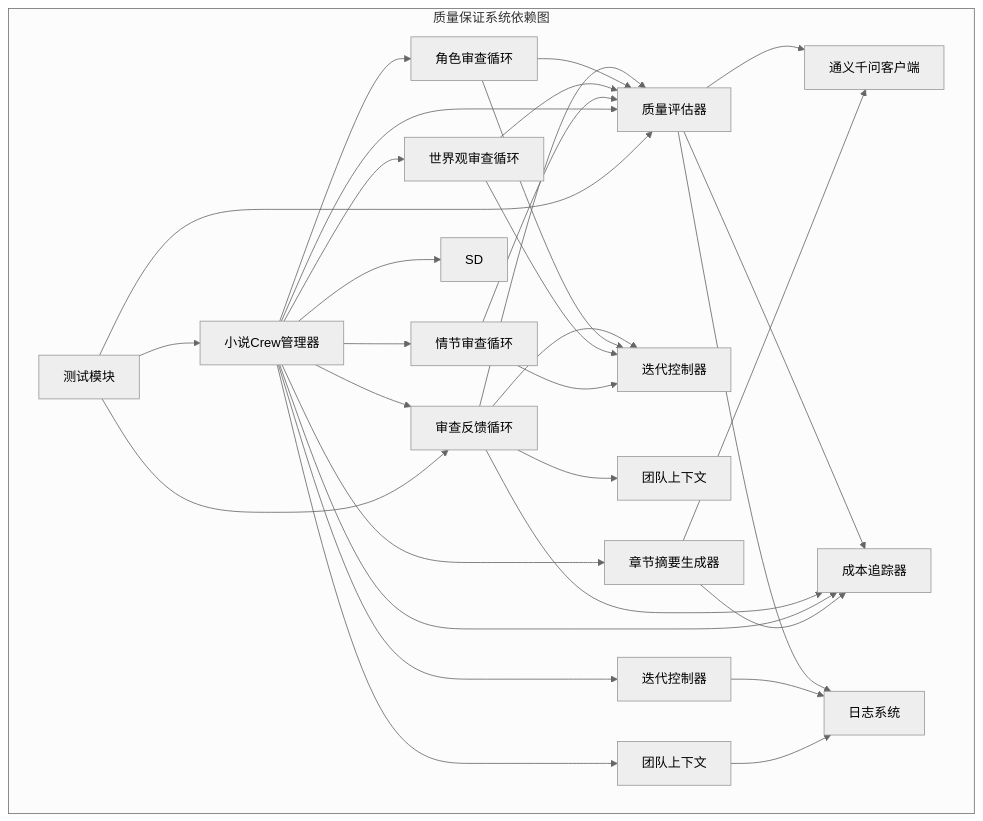
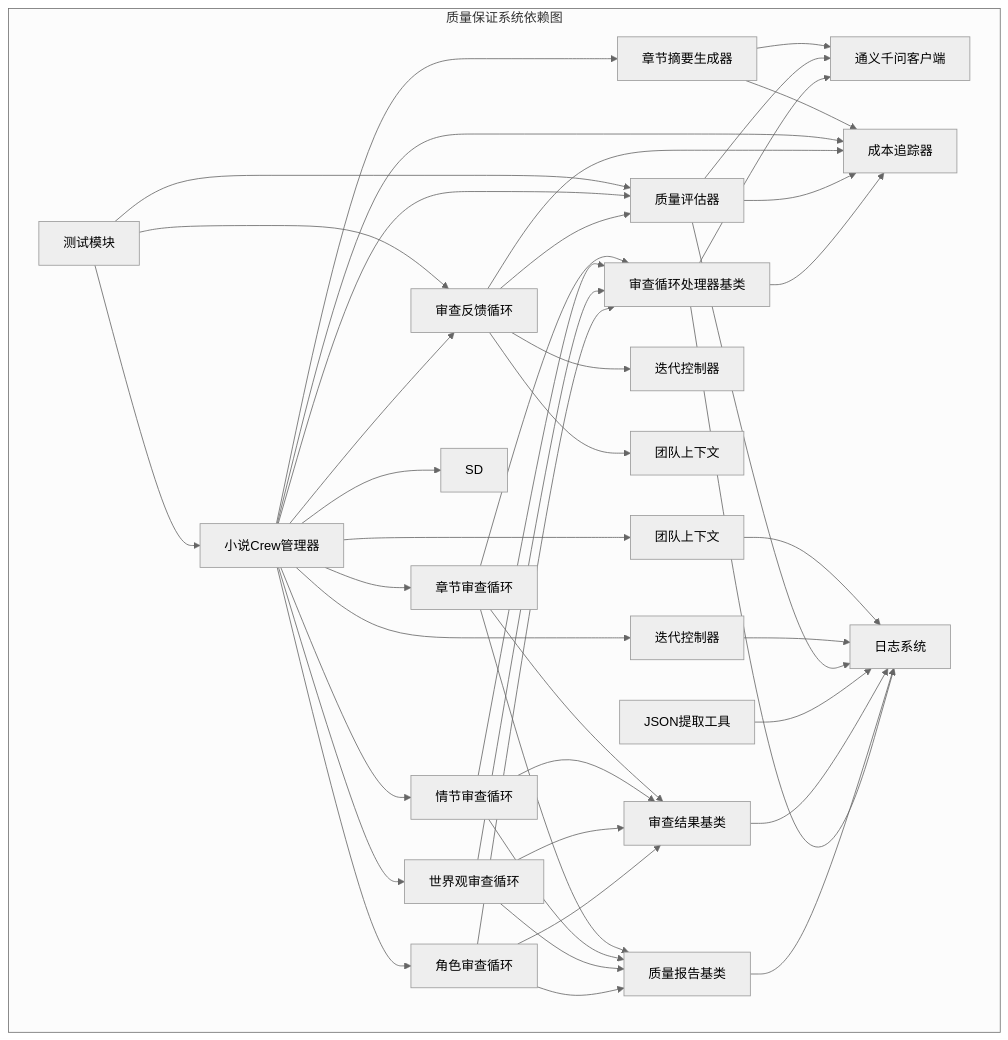
One commit to xfbyxq/ai-novel-system changed diagram 17 of 17 in .qoder/repowiki/zh/content/AI智能体系统/质量保证系统.md. Above: the diagram before and after it, drawn with Mermaid (neutral theme). The commit also changed other lines of this file and 10 other files, not shown here.

````diff
--- a/.qoder/repowiki/zh/content/AI智能体系统/质量保证系统.md
+++ b/.qoder/repowiki/zh/content/AI智能体系统/质量保证系统.md
@@ -644,35 +862,48 @@
 ```mermaid
 graph TB
 subgraph "质量保证系统依赖图"
-QE[质量评估器] --> QwenClient[通义千问客户端]
-QE --> CostTracker[成本追踪器]
-QE --> Logger[日志系统]
+BRB[审查循环处理器基类] --> QwenClient[通义千问客户端]
+BRB --> CostTracker[成本追踪器]
+BRB --> Logger[日志系统]
+BQR[质量报告基类] --> Logger
+BRR[审查结果基类] --> Logger
+JE[JSON提取工具] --> Logger
+QE[质量评估器] --> QwenClient
+QE --> CostTracker
+QE --> Logger
 RL[审查反馈循环] --> QE
 RL --> IterationController[迭代控制器]
 RL --> TeamContext[团队上下文]
 RL --> CostTracker
-CRE[角色审查循环] --> QE
-CRE --> IterationController
-WRE[世界观审查循环] --> QE
-WRE --> IterationController
-PRE[情节审查循环] --> QE
-PRE --> IterationController
+CRE[角色审查循环] --> BRB
+CRE --> BQR
+CRE --> BRR
+WRE[世界观审查循环] --> BRB
+WRE --> BQR
+WRE --> BRR
+PRE[情节审查循环] --> BRB
+PRE --> BQR
+PRE --> BRR
+RRL[章节审查循环] --> BRB
+RRL --> BQR
+RRL --> BRR
 CM[小说Crew管理器] --> QE
 CM --> RL
 CM --> CRE
 CM --> WRE
 CM --> PRE
+CM --> RRL
 CM --> IC
 CM --> TC
 CM --> SD
 CM --> CSG
 CM --> CostTracker
 CSG[章节摘要生成器] --> QwenClient
 CSG --> CostTracker
 IC[迭代控制器] --> Logger
 TC[团队上下文] --> Logger
 Test[测试模块] --> CM
 Test --> QE
 Test --> RL
 end
 ```
````
